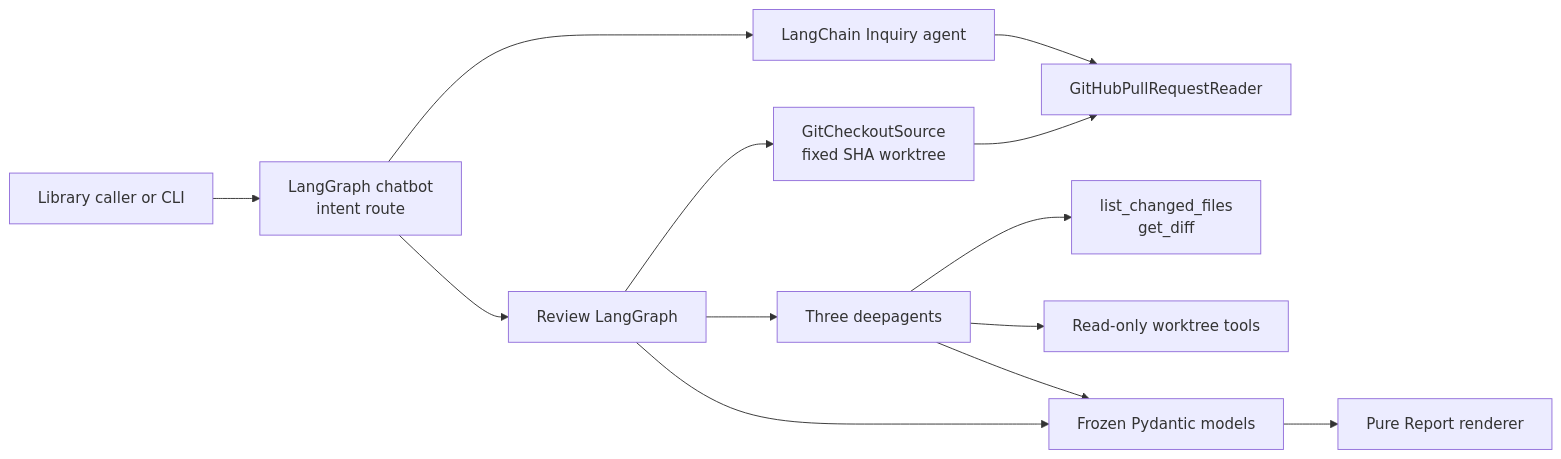
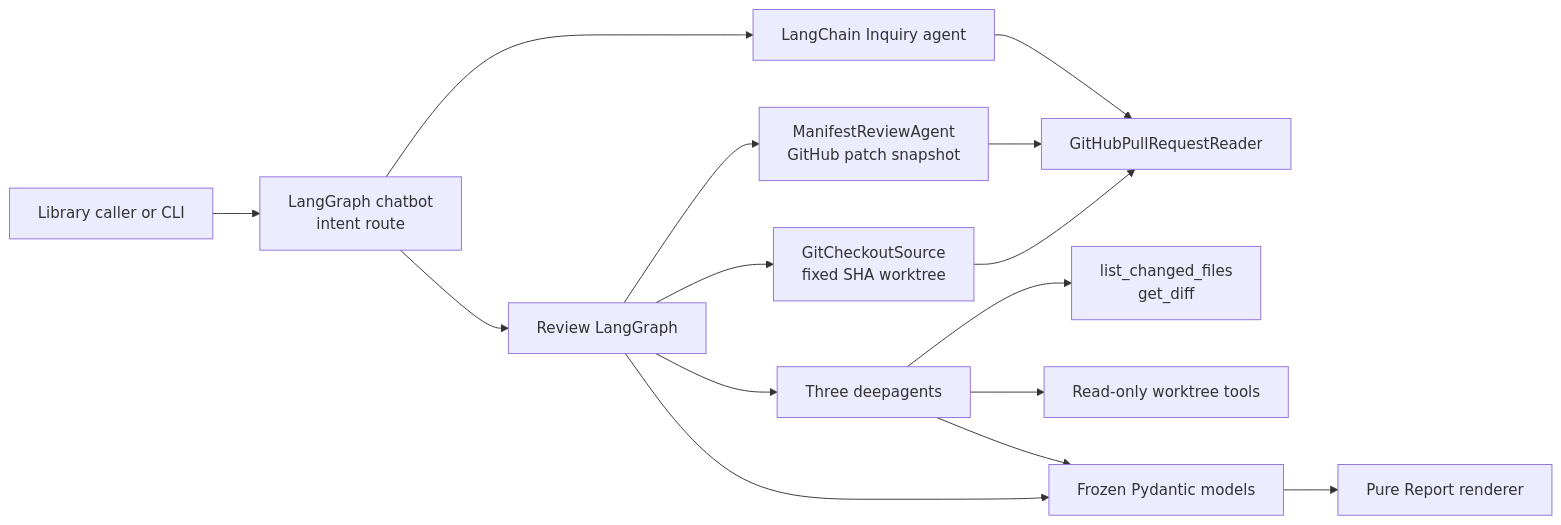
One commit to taipingeric/review_sheep changed the first of 4 diagrams in ARCHITECTURE.md. Above: the diagram before and after it, drawn with Mermaid. The commit also changed other lines of this file and 25 other files, not shown here.

First line of the commit message:
Enhance logging and introduce manifest review functionality

````diff
--- a/ARCHITECTURE.md
+++ b/ARCHITECTURE.md
@@ -16,27 +17,30 @@
 ```mermaid
 flowchart LR
     Caller[Library caller or CLI]
     Chat[LangGraph chatbot<br/>intent route]
     Inquiry[LangChain Inquiry agent]
     GitHub[GitHubPullRequestReader]
     Review[Review LangGraph]
+    Manifest[ManifestReviewAgent<br/>GitHub patch snapshot]
     Checkout[GitCheckoutSource<br/>fixed SHA worktree]
     Lenses[Three deepagents]
     GitTools[list_changed_files<br/>get_diff]
     Files[Read-only worktree tools]
     Models[Frozen Pydantic models]
     Report[Pure Report renderer]
 
     Caller --> Chat
     Chat --> Inquiry
     Chat --> Review
     Inquiry --> GitHub
+    Review --> Manifest
     Review --> Checkout
+    Manifest --> GitHub
     Checkout --> GitHub
     Review --> Lenses
     Lenses --> GitTools
     Lenses --> Files
     Lenses --> Models
     Review --> Models
     Models --> Report
 ```
````
